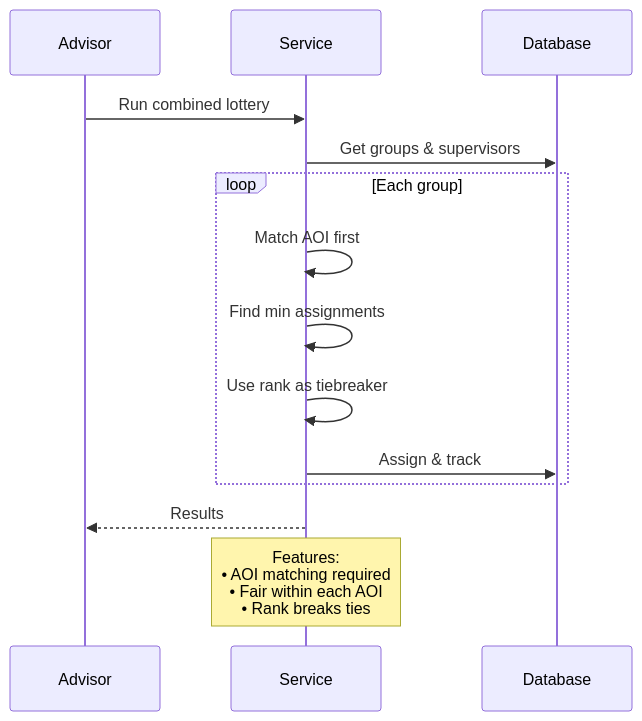
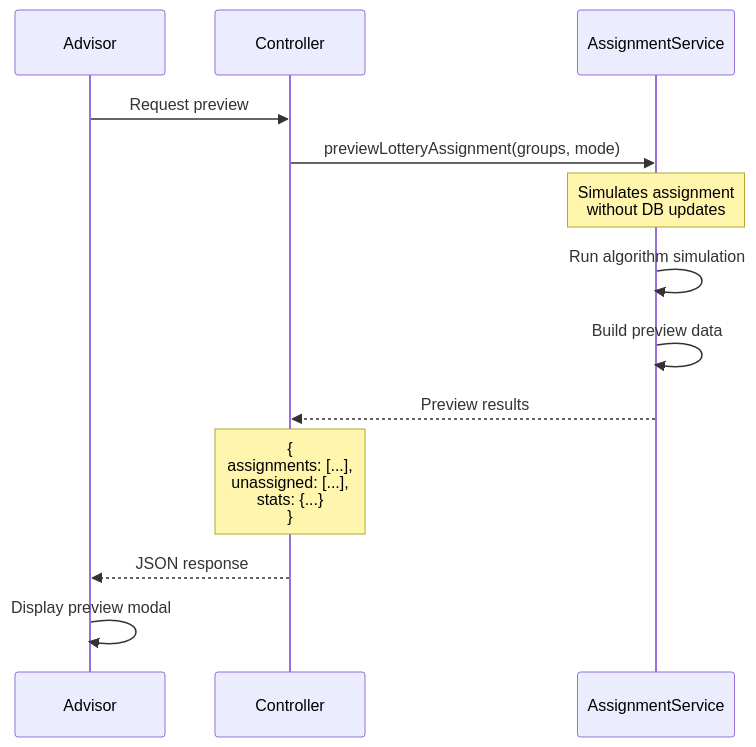
Diagram 18 of 35 in sequence.md (abdullah2323442/thesisrepo-backup), drawn with Mermaid before and after one commit. The commit also changed other lines of this file, not shown here.

Commit message:
refactor(supervisor-assignment): Revise lottery system to enhance mode selection and improve assignment algorithms for better clarity and functionality

````diff
--- a/sequence.md
+++ b/sequence.md
@@ -353,20 +487,20 @@
 ```mermaid
 sequenceDiagram
     participant Ad as Advisor
-    participant SAS as Service
-    participant DB as Database
+    participant SAC as Controller
+    participant SAS as AssignmentService
 
-    Ad->>SAS: Run combined lottery
-    SAS->>DB: Get groups & supervisors
+    Ad->>SAC: Request preview
+    SAC->>SAS: previewLotteryAssignment(groups, mode)
     
-    loop Each group
-        SAS->>SAS: Match AOI first
-        SAS->>SAS: Find min assignments
-        SAS->>SAS: Use rank as tiebreaker
-        SAS->>DB: Assign & track
-    end
+    Note over SAS: Simulates assignment<br/>without DB updates
     
-    SAS-->>Ad: Results
+    SAS->>SAS: Run algorithm simulation
+    SAS->>SAS: Build preview data
     
-    Note over SAS: Features:<br/>• AOI matching required<br/>• Fair within each AOI<br/>• Rank breaks ties
+    SAS-->>SAC: Preview results
+    Note over SAC: {<br/>  assignments: [...],<br/>  unassigned: [...],<br/>  stats: {...}<br/>}
+    
+    SAC-->>Ad: JSON response
+    Ad->>Ad: Display preview modal
 ```
````
